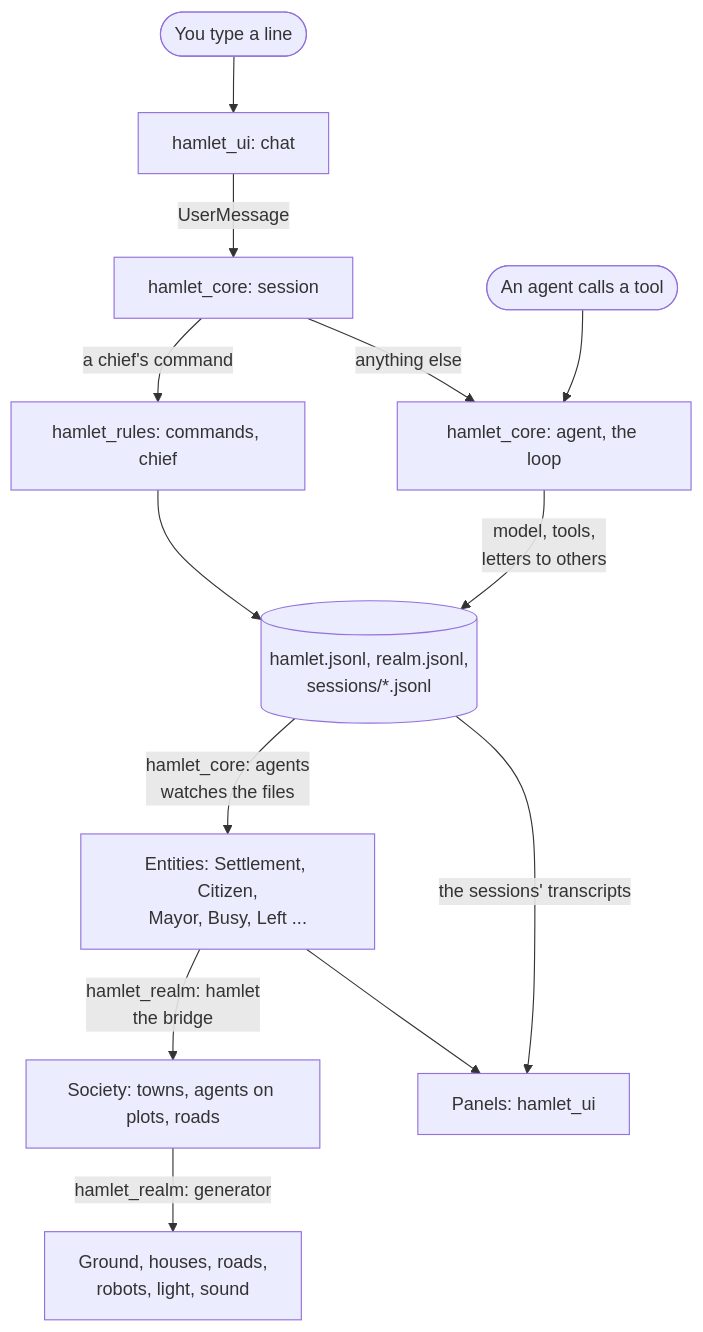
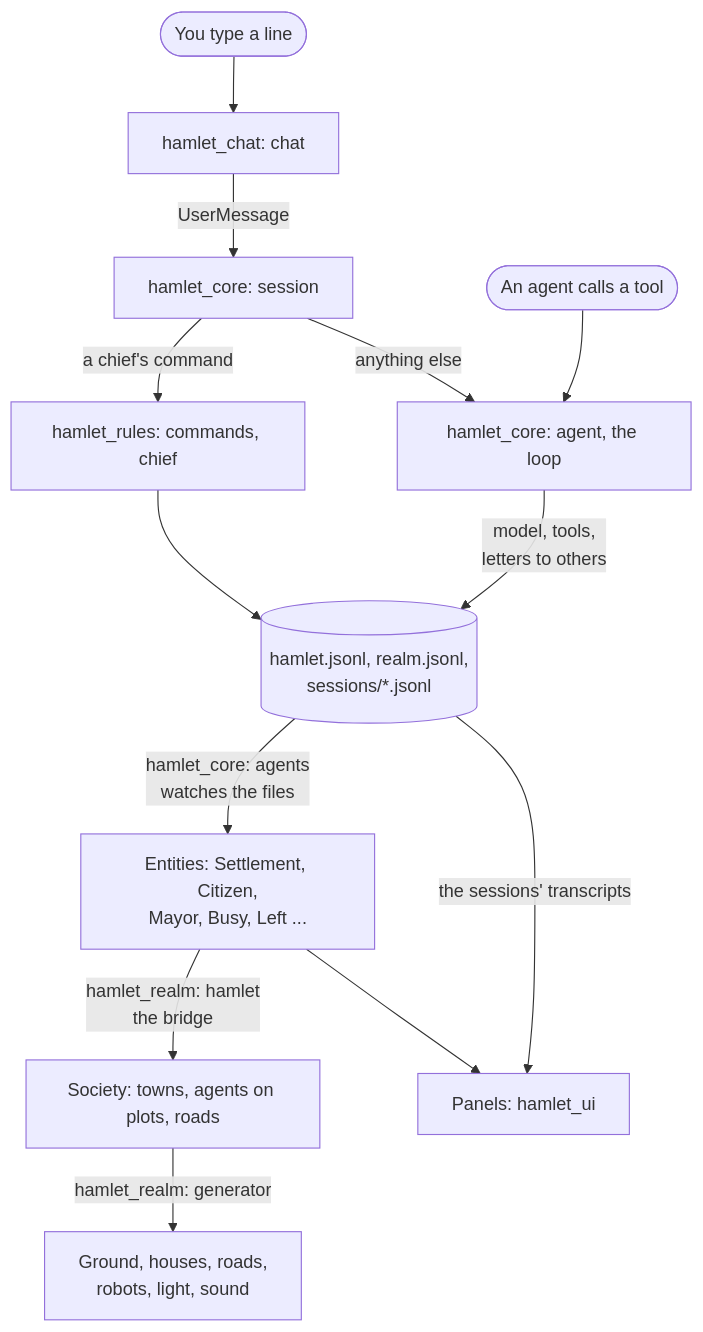
One commit to voxell-tech/hamlet changed the diagram in docs/tour.md. Above: the diagram before and after it, drawn with Mermaid. The commit also changed other lines of this file and 45 other files, not shown here.

Commit message:
Extract the chat into hamlet_chat

````diff
--- a/docs/tour.md
+++ b/docs/tour.md
@@ -17,27 +17,27 @@
 ```mermaid
 flowchart TD
     typed([You type a line])
-    chat["hamlet_ui: chat"]
+    chat["hamlet_chat: chat"]
     session["hamlet_core: session"]
     rules["hamlet_rules: commands, chief"]
     agent["hamlet_core: agent, the loop"]
     tool([An agent calls a tool])
     records[("hamlet.jsonl, realm.jsonl,<br/>sessions/*.jsonl")]
     entities["Entities: Settlement, Citizen,<br/>Mayor, Busy, Left ..."]
     society["Society: towns, agents on plots, roads"]
     drawn["Ground, houses, roads,<br/>robots, light, sound"]
     panels["Panels: hamlet_ui"]
 
     typed --> chat
     chat -- UserMessage --> session
     session -- "a chief's command" --> rules
     session -- "anything else" --> agent
     tool --> agent
     rules --> records
     agent -- "model, tools,<br/>letters to others" --> records
     records -- "hamlet_core: agents<br/>watches the files" --> entities
     entities -- "hamlet_realm: hamlet<br/>the bridge" --> society
     society -- "hamlet_realm: generator" --> drawn
     entities --> panels
     records -- "the sessions' transcripts" --> panels
 ```
````
